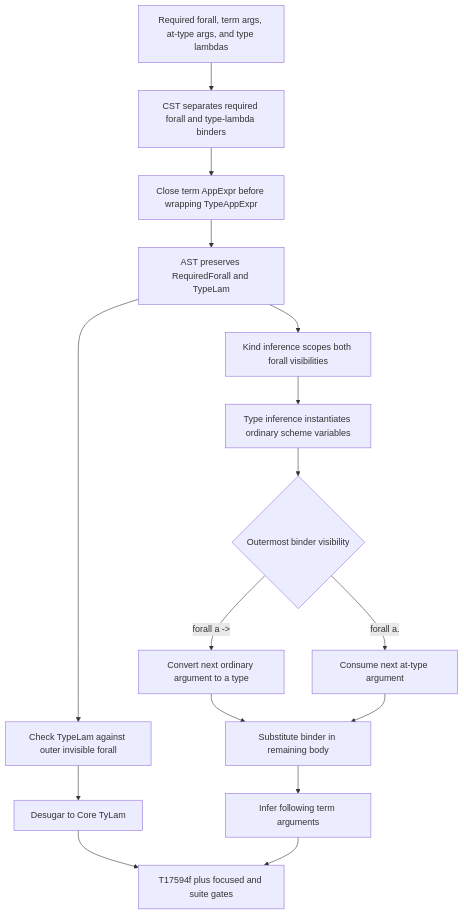
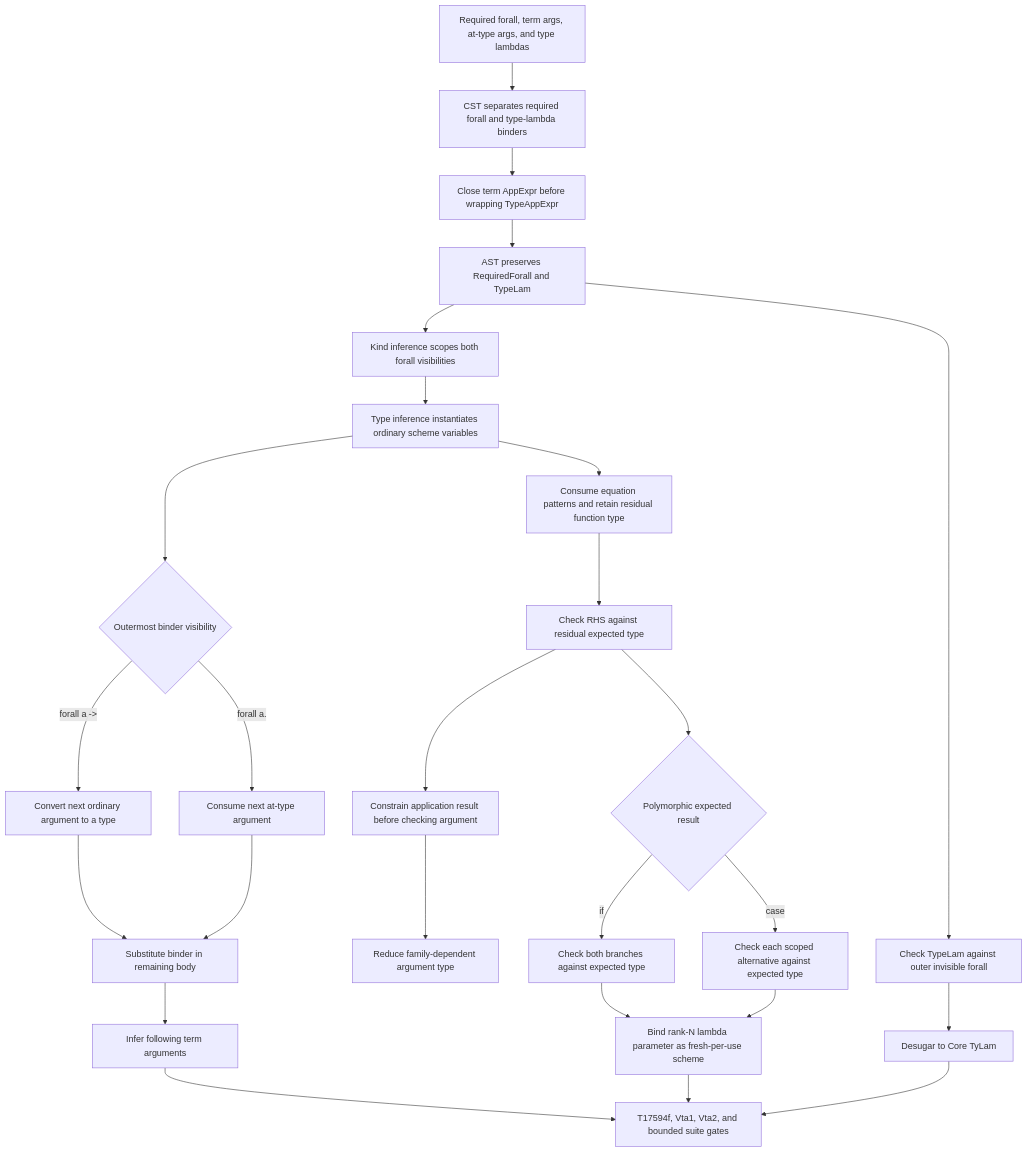
The diagram in spec-chirho/workflows-chirho/language-features-chirho/rank-n-visible-type-application-chirho.md (loveJesus/haskelujah-chirho), drawn with Mermaid before and after one commit. The commit also changed other lines of this file and 3 other files, not shown here.

Commit message:
compat: propagate rank-n expected types

````diff
--- a/spec-chirho/workflows-chirho/language-features-chirho/rank-n-visible-type-application-chirho.md
+++ b/spec-chirho/workflows-chirho/language-features-chirho/rank-n-visible-type-application-chirho.md
@@ -6,19 +6,29 @@
 ```mermaid
 flowchart TD
     source_chirho[Required forall, term args, at-type args, and type lambdas]
     source_chirho --> cst_chirho[CST separates required forall and type-lambda binders]
     cst_chirho --> spine_chirho[Close term AppExpr before wrapping TypeAppExpr]
     spine_chirho --> ast_chirho[AST preserves RequiredForall and TypeLam]
     ast_chirho --> kind_chirho[Kind inference scopes both forall visibilities]
     kind_chirho --> scheme_chirho[Type inference instantiates ordinary scheme variables]
     scheme_chirho --> required_chirho{Outermost binder visibility}
     required_chirho -->|forall a ->| ordinary_arg_chirho[Convert next ordinary argument to a type]
     required_chirho -->|forall a.| visible_arg_chirho[Consume next at-type argument]
     ordinary_arg_chirho --> substitution_chirho[Substitute binder in remaining body]
     visible_arg_chirho --> substitution_chirho
     ast_chirho --> type_lambda_chirho[Check TypeLam against outer invisible forall]
     type_lambda_chirho --> core_chirho[Desugar to Core TyLam]
     substitution_chirho --> term_chirho[Infer following term arguments]
-    core_chirho --> gates_chirho[T17594f plus focused and suite gates]
+    scheme_chirho --> equation_chirho[Consume equation patterns and retain residual function type]
+    equation_chirho --> expected_chirho[Check RHS against residual expected type]
+    expected_chirho --> application_chirho[Constrain application result before checking argument]
+    application_chirho --> family_chirho[Reduce family-dependent argument type]
+    expected_chirho --> branch_chirho{Polymorphic expected result}
+    branch_chirho -->|if| if_chirho[Check both branches against expected type]
+    branch_chirho -->|case| case_chirho[Check each scoped alternative against expected type]
+    if_chirho --> lambda_chirho[Bind rank-N lambda parameter as fresh-per-use scheme]
+    case_chirho --> lambda_chirho
+    lambda_chirho --> gates_chirho[T17594f, Vta1, Vta2, and bounded suite gates]
+    core_chirho --> gates_chirho
     term_chirho --> gates_chirho
 ```
````
